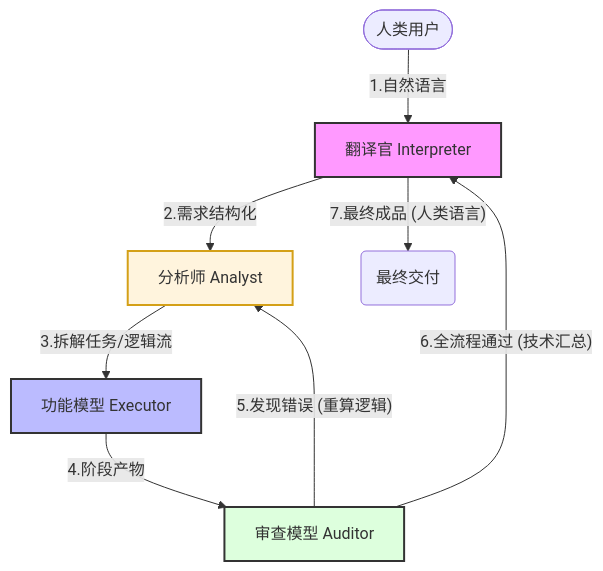
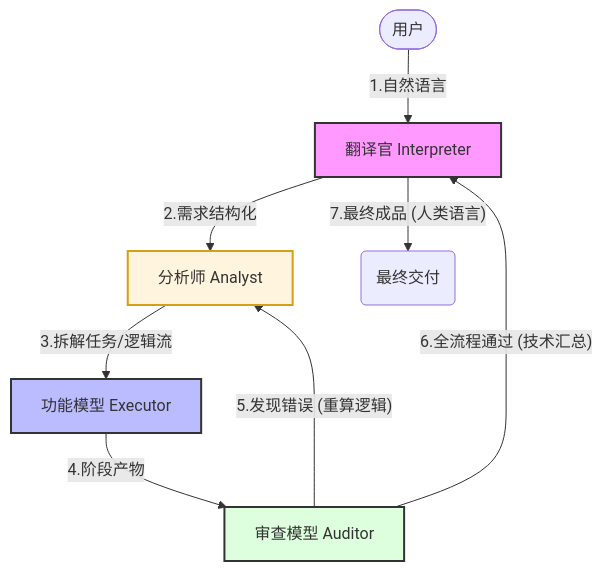
The diagram in README.md (GzxingR/AI-IronTriangle-Concept), drawn with Mermaid before and after one commit.

````diff
--- a/README.md
+++ b/README.md
@@ -22,16 +22,16 @@
 ```mermaid
 graph TD
-    User([人类用户]) -- "1.自然语言" --> Translator[翻译官 Interpreter]
+    User([用户]) -- "1.自然语言" --> Translator[翻译官 Interpreter]
     Translator -- "2.需求结构化" --> Analyst[分析师 Analyst]
     Analyst -- "3.拆解任务/逻辑流" --> Executor[功能模型 Executor]
     Executor -- "4.阶段产物" --> Auditor[审查模型 Auditor]
     
     Auditor -- "5.发现错误 (重算逻辑)" --> Analyst
     Auditor -- "6.全流程通过 (技术汇总)" --> Translator
     Translator -- "7.最终成品 (人类语言)" --> Final(最终交付)
 
     style Translator fill:#f9f,stroke:#333,stroke-width:2px
     style Analyst fill:#fff4dd,stroke:#d4a017,stroke-width:2px
     style Executor fill:#bbf,stroke:#333,stroke-width:2px
     style Auditor fill:#dfd,stroke:#333,stroke-width:2px
 ```
````
